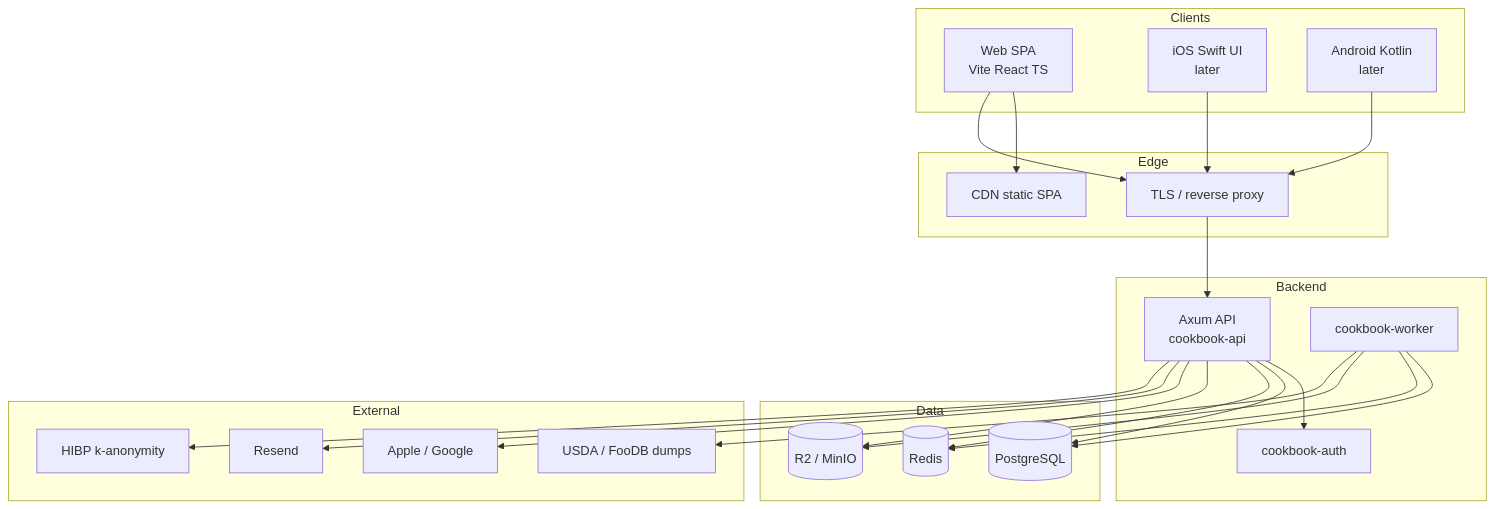
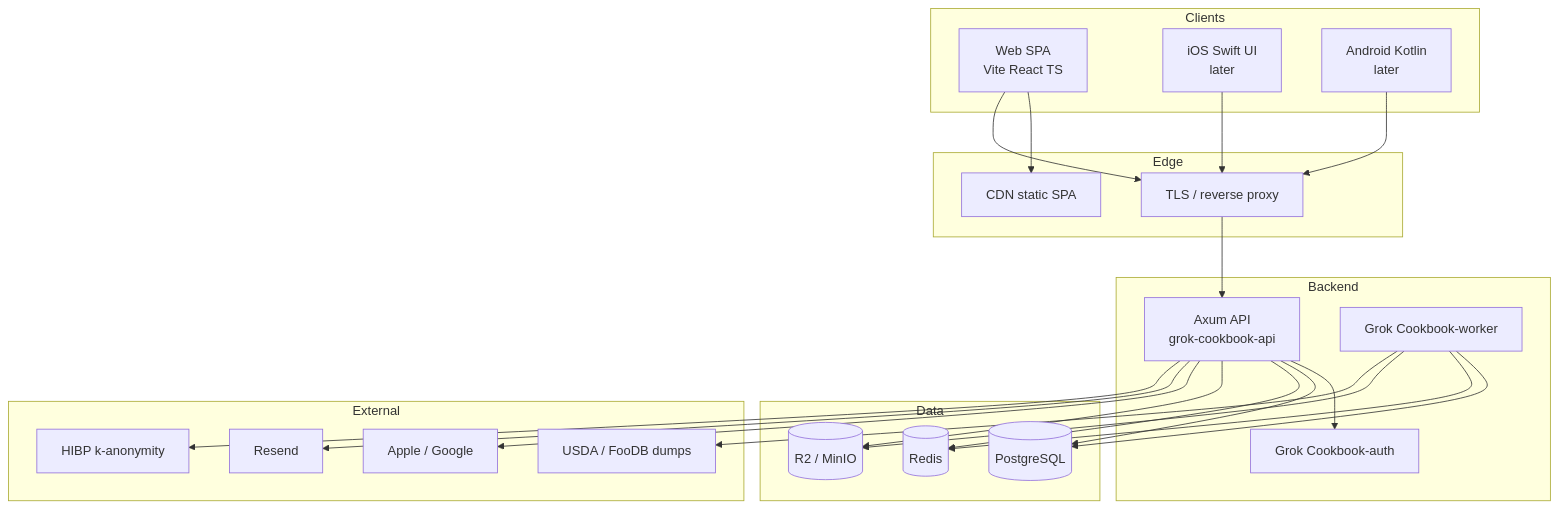
One commit to Da-El/CookBook changed the second of 6 diagrams in DESIGN.md. Above: the diagram before and after it, drawn with Mermaid. The commit also changed other lines of this file and 53 other files, not shown here.

First line of the commit message:
Rename project to grok-cookbook across repo, crates, Docker, and UI.

````diff
--- a/DESIGN.md
+++ b/DESIGN.md
@@ -130,49 +130,49 @@
 ```mermaid
 flowchart TB
   subgraph Clients
     Web[Web SPA<br/>Vite React TS]
     iOS[iOS Swift UI<br/>later]
     Android[Android Kotlin<br/>later]
   end
 
   subgraph Edge
     CDN[CDN static SPA]
     LB[TLS / reverse proxy]
   end
 
   subgraph Backend
-    API[Axum API<br/>cookbook-api]
-    Worker[cookbook-worker]
-    AuthN[cookbook-auth]
+    API[Axum API<br/>grok-cookbook-api]
+    Worker[Grok Cookbook-worker]
+    AuthN[Grok Cookbook-auth]
   end
 
   subgraph Data
     PG[(PostgreSQL)]
     Redis[(Redis)]
     S3[(R2 / MinIO)]
   end
 
   subgraph External
     Catalog[USDA / FooDB dumps]
     OAuth[Apple / Google]
     Mail[Resend]
     HIBP[HIBP k-anonymity]
   end
 
   Web --> CDN
   Web --> LB
   iOS --> LB
   Android --> LB
   LB --> API
   API --> AuthN
   API --> PG
   API --> Redis
   API --> S3
   Worker --> PG
   Worker --> Redis
   Worker --> S3
   Worker --> Catalog
   API --> OAuth
   API --> Mail
   API --> HIBP
 ```
````
